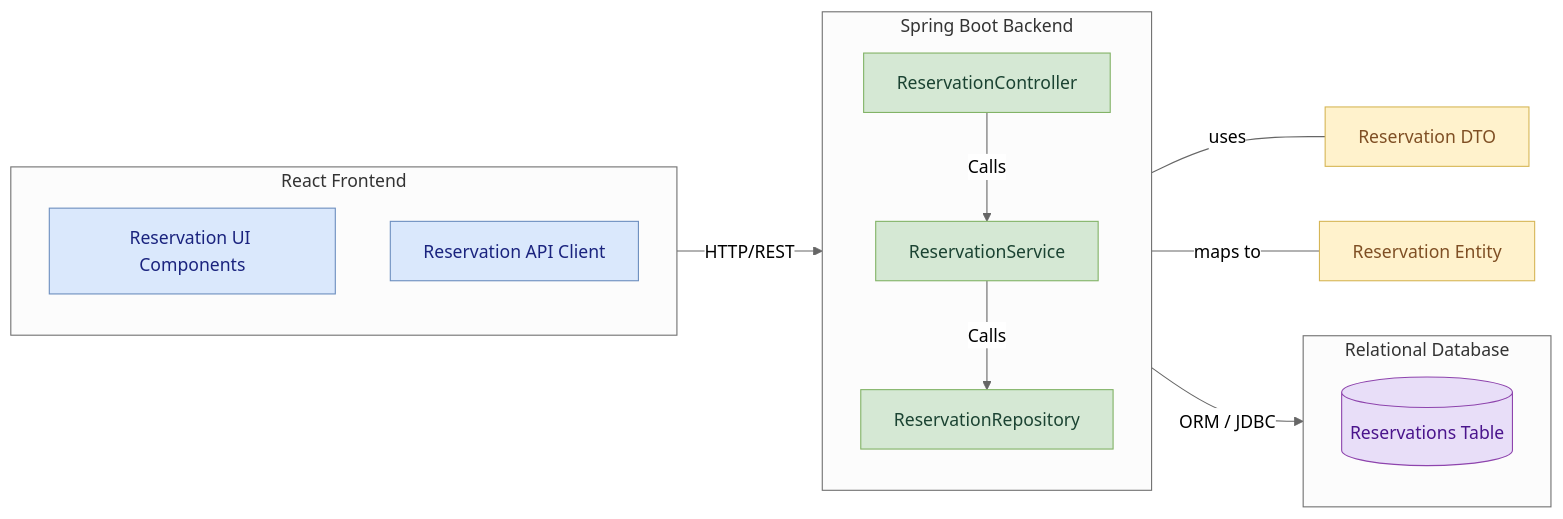
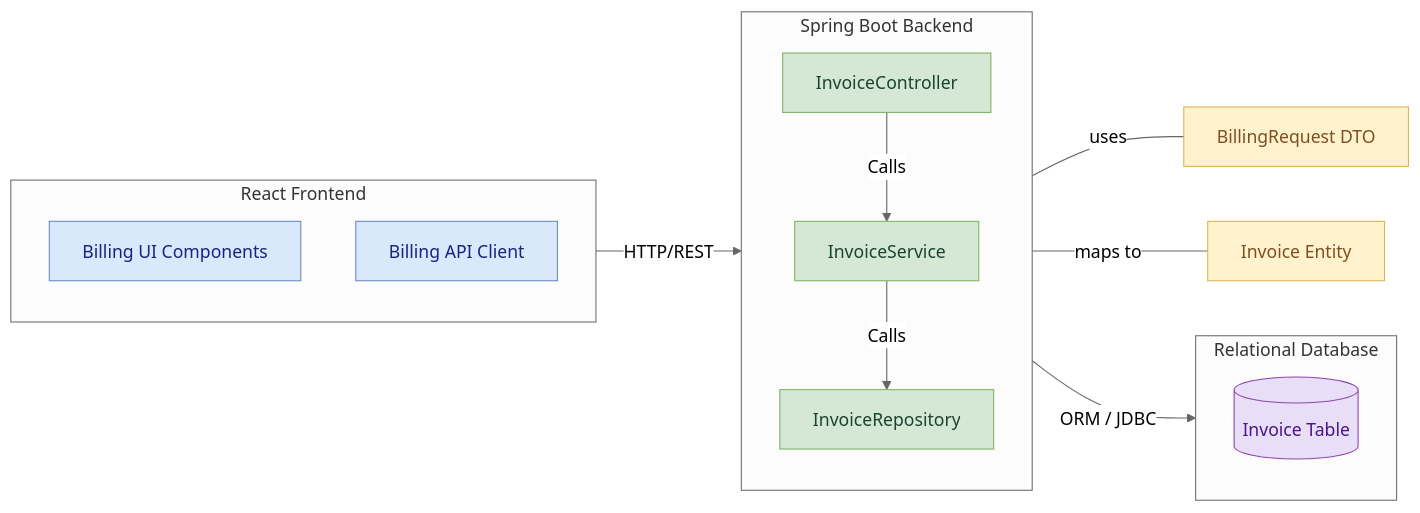
Before and after one commit to Nikitha-Kapparapu/Vehicle-Registration: the first of 2 diagrams in README.md, drawn with Mermaid (neutral theme). The commit also changed other lines of this file, not shown here.

````diff
--- a/README.md
+++ b/README.md
@@ -64,47 +56,47 @@
 ```mermaid
 flowchart LR
 
   %% Groups
   subgraph Frontend [React Frontend]
     direction TB
-    F1[Reservation UI Components]
-    F2[Reservation API Client]
+    F1[Billing UI Components]
+    F2[Billing API Client]
   end
 
   subgraph Backend [Spring Boot Backend]
     direction TB
-    B1[ReservationController]
-    B2[ReservationService]
-    B3[ReservationRepository]
+    B1[InvoiceController]
+    B2[InvoiceService]
+    B3[InvoiceRepository]
   end
 
   subgraph Database [Relational Database]
     direction TB
-    D1[(Reservations Table)]
+    D1[(Invoice Table)]
   end
 
   %% DTO and Entity
-  E1[Reservation DTO]
-  E2[Reservation Entity]
+  E1[BillingRequest DTO]
+  E2[Invoice Entity]
 
   %% Connections
   F2 -->|HTTP/REST| B1
   B1 -->|Calls| B2
   B2 -->|Calls| B3
   B3 -->|ORM / JDBC| D1
 
   B1 ---|uses| E1
   B3 ---|maps to| E2
 
   %% Styling
   classDef frontend fill:#dae8fc,stroke:#6c8ebf,color:#1a237e
   classDef backend fill:#d5e8d4,stroke:#82b366,color:#1b4332
   classDef storage fill:#e8def8,stroke:#8e44ad,color:#4a148c
   classDef model fill:#fff2cc,stroke:#d6b656,color:#7f4f24
 
   class F1,F2 frontend
   class B1,B2,B3 backend
   class D1 storage
   class E1,E2 model
 
 ```
````
